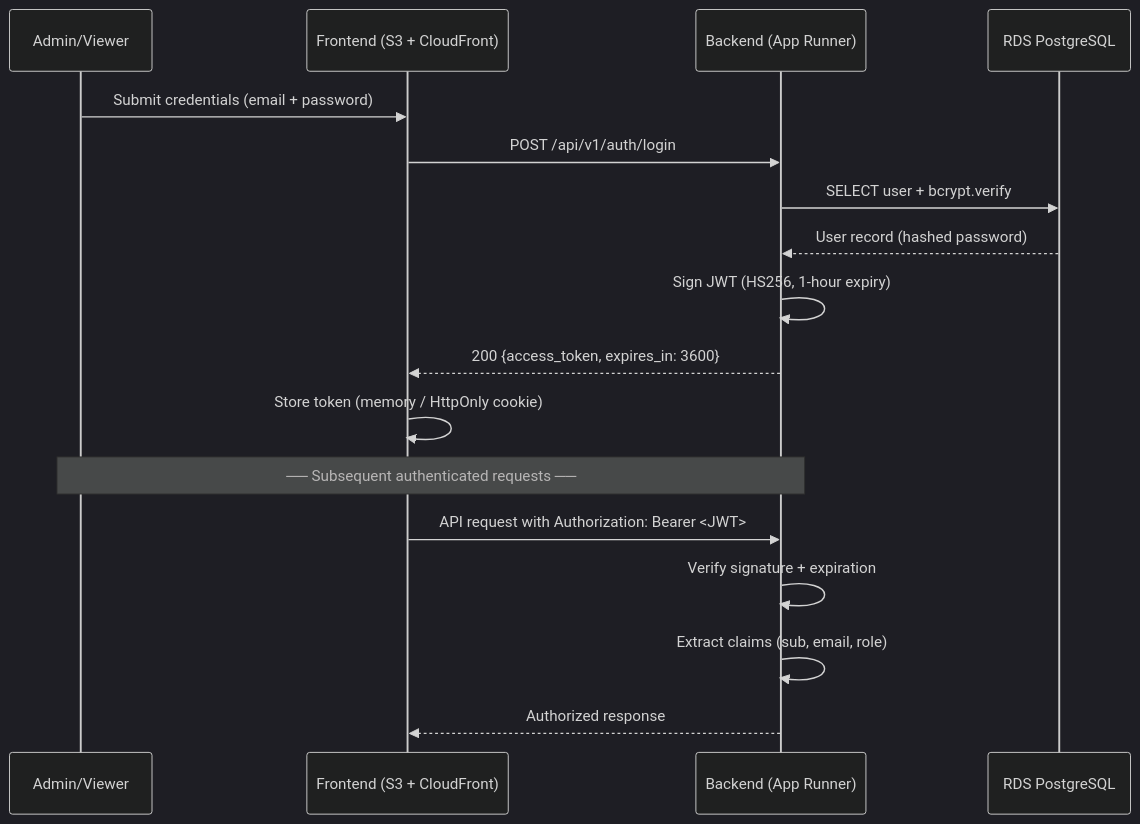
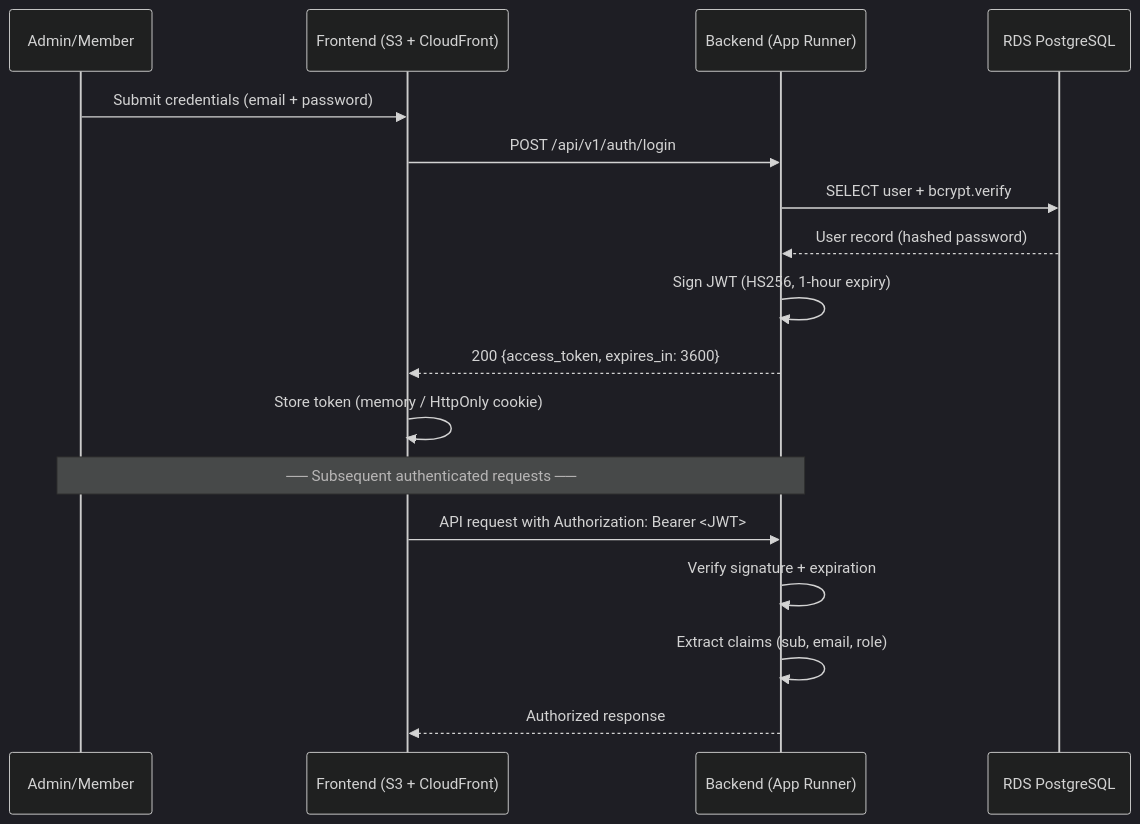
The first of 13 diagrams in docs/03-architecture/diagrams/sequence-diagrams.md (alonsovndev/open-projects-hub-docs), drawn with Mermaid (dark theme) before and after one commit. The commit also changed other lines of this file and 33 other files, not shown here.

````diff
--- a/docs/03-architecture/diagrams/sequence-diagrams.md
+++ b/docs/03-architecture/diagrams/sequence-diagrams.md
@@ -39,20 +39,20 @@
 ```mermaid
 sequenceDiagram
-    participant User as Admin/Viewer
+    participant User as Admin/Member
     participant FE as Frontend (S3 + CloudFront)
     participant BE as Backend (App Runner)
     participant DB as RDS PostgreSQL
 
     User->>FE: Submit credentials (email + password)
     FE->>BE: POST /api/v1/auth/login
     BE->>DB: SELECT user + bcrypt.verify
     DB-->>BE: User record (hashed password)
     BE->>BE: Sign JWT (HS256, 1-hour expiry)
     BE-->>FE: 200 {access_token, expires_in: 3600}
     FE->>FE: Store token (memory / HttpOnly cookie)
     Note over User,BE: ── Subsequent authenticated requests ──
     FE->>BE: API request with Authorization: Bearer <JWT>
     BE->>BE: Verify signature + expiration
     BE->>BE: Extract claims (sub, email, role)
     BE-->>FE: Authorized response
 ```
````
